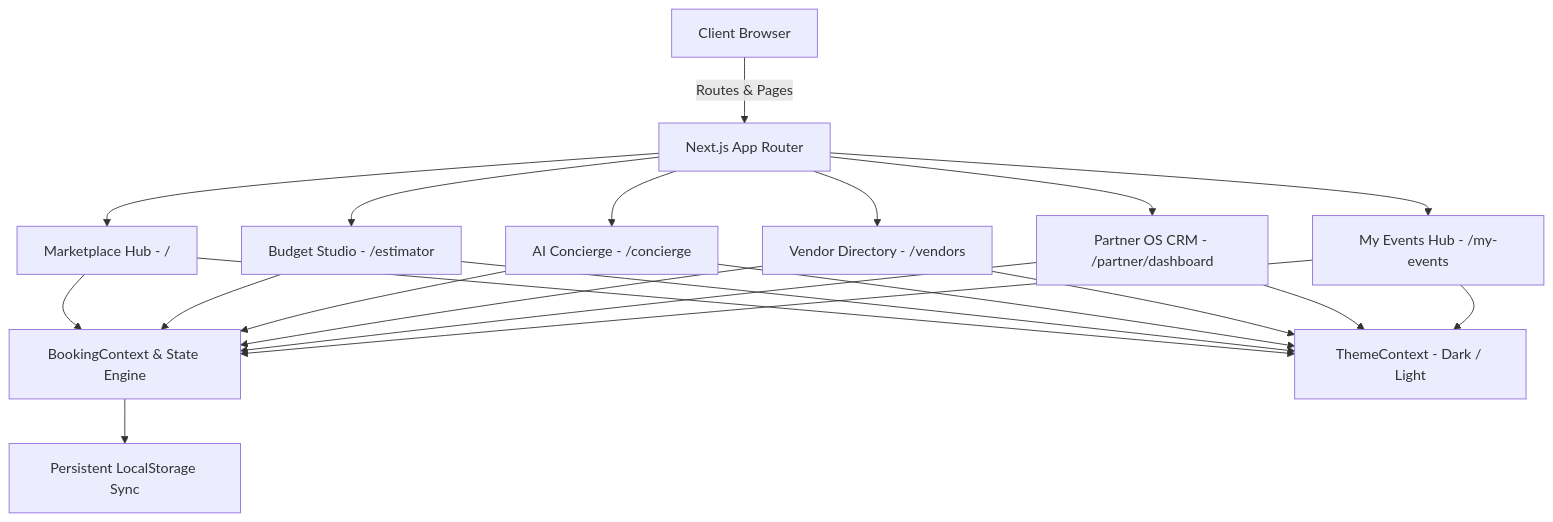
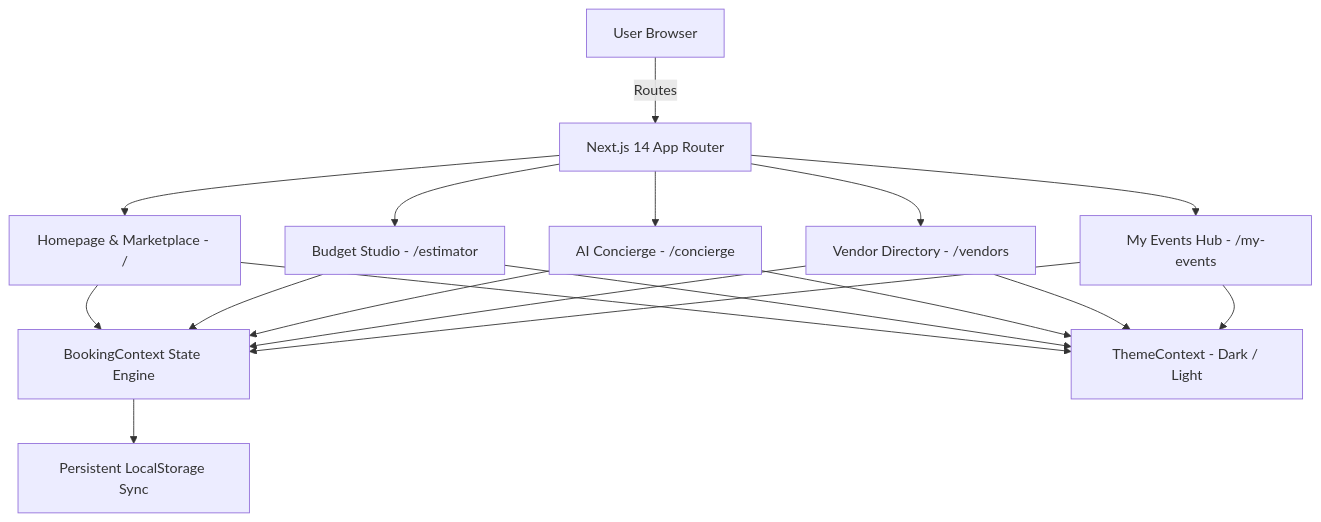
The diagram in ARCHITECTURE.md (kaminenirupeshsai-svg/shata_redesign_assessment), drawn with Mermaid before and after one commit. The commit also changed other lines of this file and 1 other file, not shown here.

Commit message:
docs: clarify focus on theshata.com redesign in README and architecture

````diff
--- a/ARCHITECTURE.md
+++ b/ARCHITECTURE.md
@@ -7,14 +7,13 @@
 ```mermaid
 graph TD
-    A[Client Browser] -->|Routes & Pages| B[Next.js App Router]
-    B --> C[Marketplace Hub - /]
+    A[User Browser] -->|Routes| B[Next.js 14 App Router]
+    B --> C[Homepage & Marketplace - /]
     B --> D[Budget Studio - /estimator]
     B --> E[AI Concierge - /concierge]
     B --> F[Vendor Directory - /vendors]
-    B --> G[Partner OS CRM - /partner/dashboard]
-    B --> H[My Events Hub - /my-events]
+    B --> G[My Events Hub - /my-events]
 
-    C & D & E & F & G & H --> I[BookingContext & State Engine]
-    C & D & E & F & G & H --> J[ThemeContext - Dark / Light]
-    I --> K[Persistent LocalStorage Sync]
+    C & D & E & F & G --> H[BookingContext State Engine]
+    C & D & E & F & G --> I[ThemeContext - Dark / Light]
+    H --> J[Persistent LocalStorage Sync]
 ```
````
